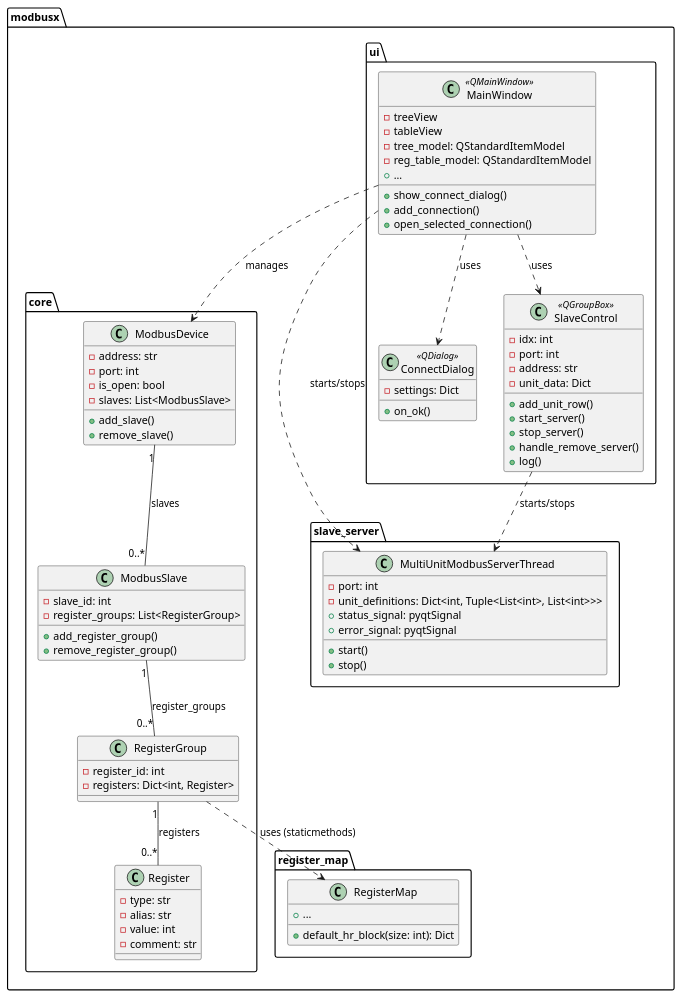
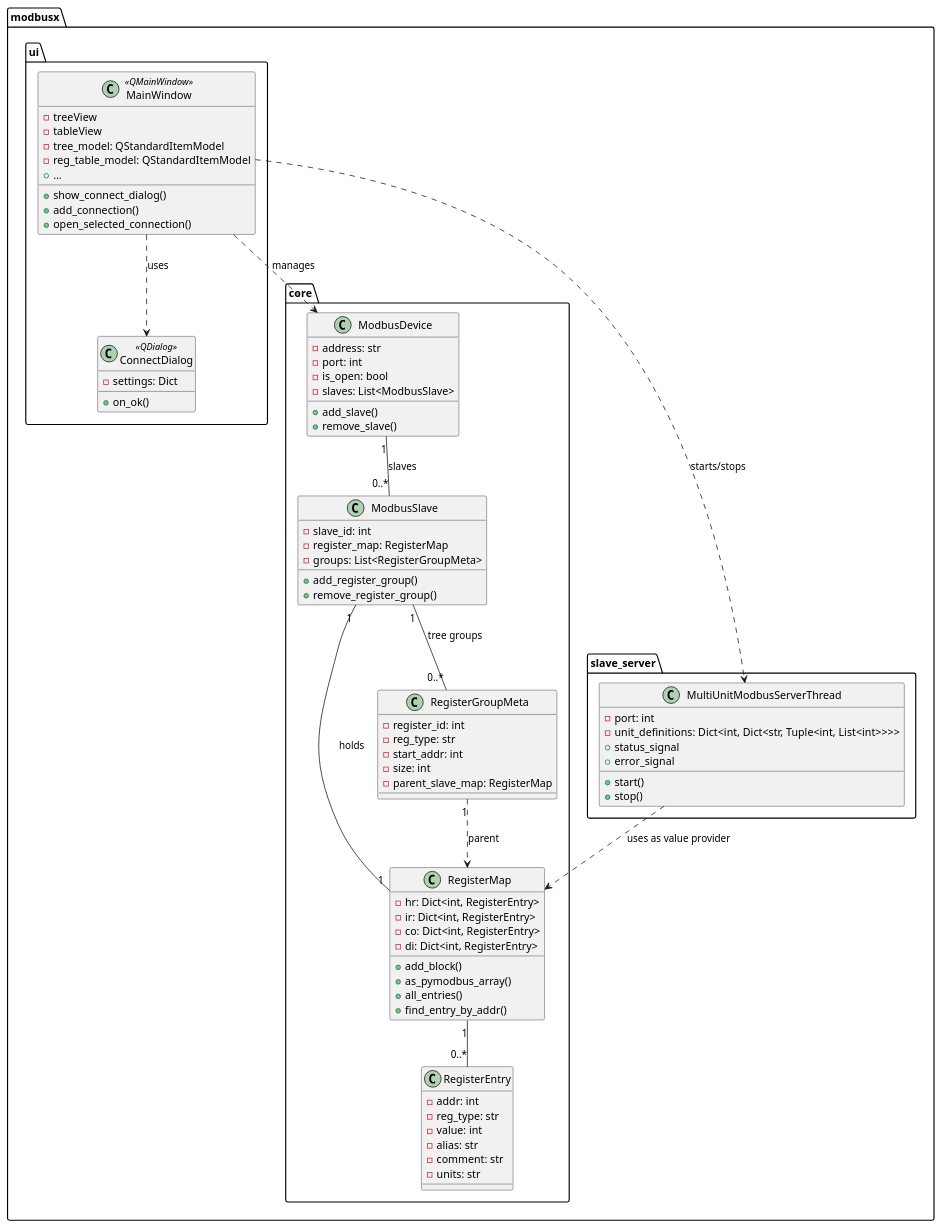
Before and after one commit to sweeboon/ModBusX: the diagram in docs/diagrams/class_diagram.puml, drawn with PlantUML. The commit also changed 10 other files, not shown here.

Commit message:
Add logging utility implementation for ModbusX application

```diff
--- a/docs/diagrams/class_diagram.puml
+++ b/docs/diagrams/class_diagram.puml
@@ -1,93 +1,92 @@
 @startuml
 ' ========== PACKAGE STRUCTURE ==========
 package "modbusx.core" {
     class ModbusDevice {
         - address: str
         - port: int
         - is_open: bool
         - slaves: List<ModbusSlave>
         + add_slave()
         + remove_slave()
     }
 
     class ModbusSlave {
         - slave_id: int
-        - register_groups: List<RegisterGroup>
+        - register_map: RegisterMap
+        - groups: List<RegisterGroupMeta>
         + add_register_group()
         + remove_register_group()
     }
-    class RegisterGroup {
+    class RegisterMap {
+        - hr: Dict<int, RegisterEntry>
+        - ir: Dict<int, RegisterEntry>
+        - co: Dict<int, RegisterEntry>
+        - di: Dict<int, RegisterEntry>
+        + add_block()
+        + as_pymodbus_array()
+        + all_entries()
+        + find_entry_by_addr()
+    }
+    class RegisterEntry {
+        - addr: int
+        - reg_type: str
+        - value: int
+        - alias: str
+        - comment: str
+        - units: str
+    }
+    ' Stand-in for group nodes in tree (not the register data itself)
+    class RegisterGroupMeta {
         - register_id: int
-        - registers: Dict<int, Register>
-    }
-    class Register {
-        - type: str
-        - alias: str
-        - value: int
-        - comment: str
+        - reg_type: str
+        - start_addr: int
+        - size: int
+        - parent_slave_map: RegisterMap
     }
 }
 
 package "modbusx.slave_server" {
     class MultiUnitModbusServerThread {
         - port: int
-        - unit_definitions: Dict<int, Tuple<List<int>, List<int>>>
+        - unit_definitions: Dict<int, Dict<str, Tuple<int, List<int>>>>
         + start()
         + stop()
-        + status_signal: pyqtSignal
-        + error_signal: pyqtSignal
+        + status_signal
+        + error_signal
     }
 }
 
 package "modbusx.ui" {
     class MainWindow <<QMainWindow>> {
         - treeView
         - tableView
         - tree_model: QStandardItemModel
         - reg_table_model: QStandardItemModel
         + show_connect_dialog()
         + add_connection()
         + open_selected_connection()
         + ...
     }
     class ConnectDialog <<QDialog>> {
         - settings: Dict
         + on_ok()
     }
-    class SlaveControl <<QGroupBox>> {
-        - idx: int
-        - port: int
-        - address: str
-        - unit_data: Dict
-        + add_unit_row()
-        + start_server()
-        + stop_server()
-        + handle_remove_server()
-        + log()
-    }
-}
-
-package "modbusx.register_map" {
-    class RegisterMap {
-        + default_hr_block(size: int): Dict
-        + ...
-    }
 }
 
 ' ========== RELATIONSHIPS ==========
-' Model hierarchy
 ModbusDevice "1" -- "0..*" ModbusSlave : slaves
-ModbusSlave "1" -- "0..*" RegisterGroup : register_groups
-RegisterGroup "1" -- "0..*" Register : registers
+ModbusSlave "1" -- "1" RegisterMap : "holds"
+ModbusSlave "1" -- "0..*" RegisterGroupMeta : "tree groups"
+RegisterMap "1" -- "0..*" RegisterEntry
+RegisterGroupMeta "1" ..> RegisterMap : parent
 
 ' UI->Model and Backend
 MainWindow ..> ModbusDevice : manages
 MainWindow ..> MultiUnitModbusServerThread : starts/stops
 MainWindow ..> ConnectDialog : uses
-MainWindow ..> SlaveControl : uses
 
-SlaveControl ..> MultiUnitModbusServerThread : starts/stops
+' ServerThread expects:
+'   unit_definitions: Dict<slave_id, Dict<regtype, (start_addr, array)>>
+MultiUnitModbusServerThread ..> RegisterMap : uses as value provider
 
-' RegisterMap is a utility/templating class for Model init
-RegisterGroup ..> RegisterMap : uses (staticmethods)
 @enduml
```
